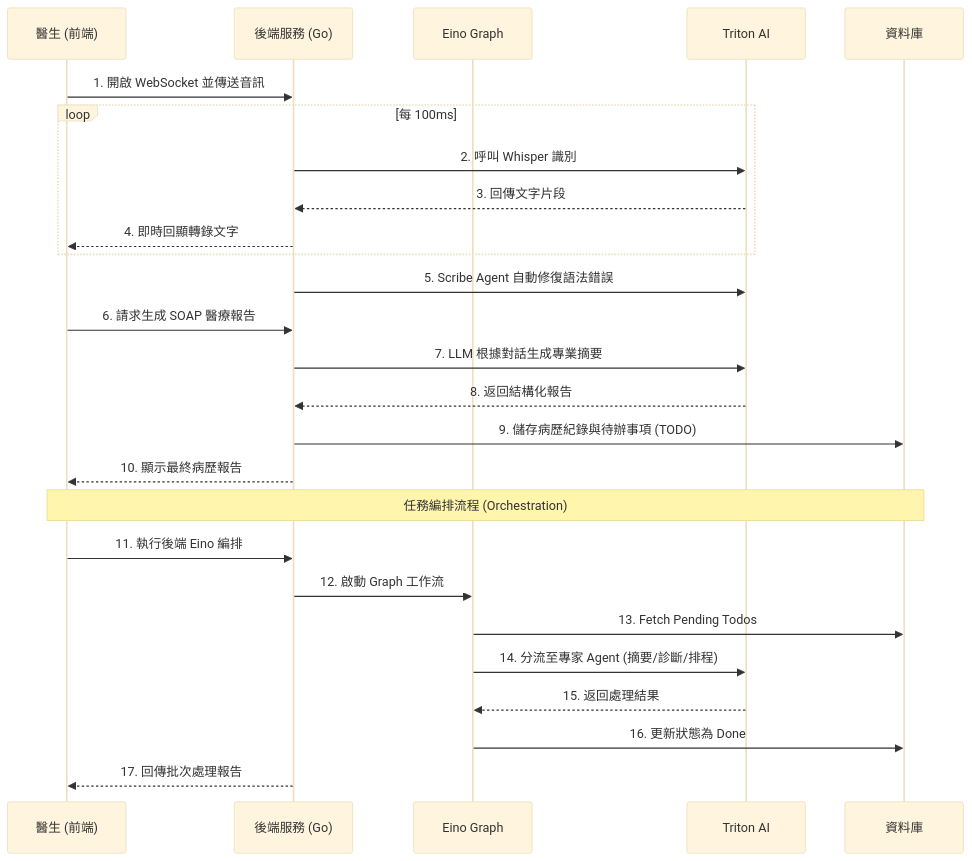
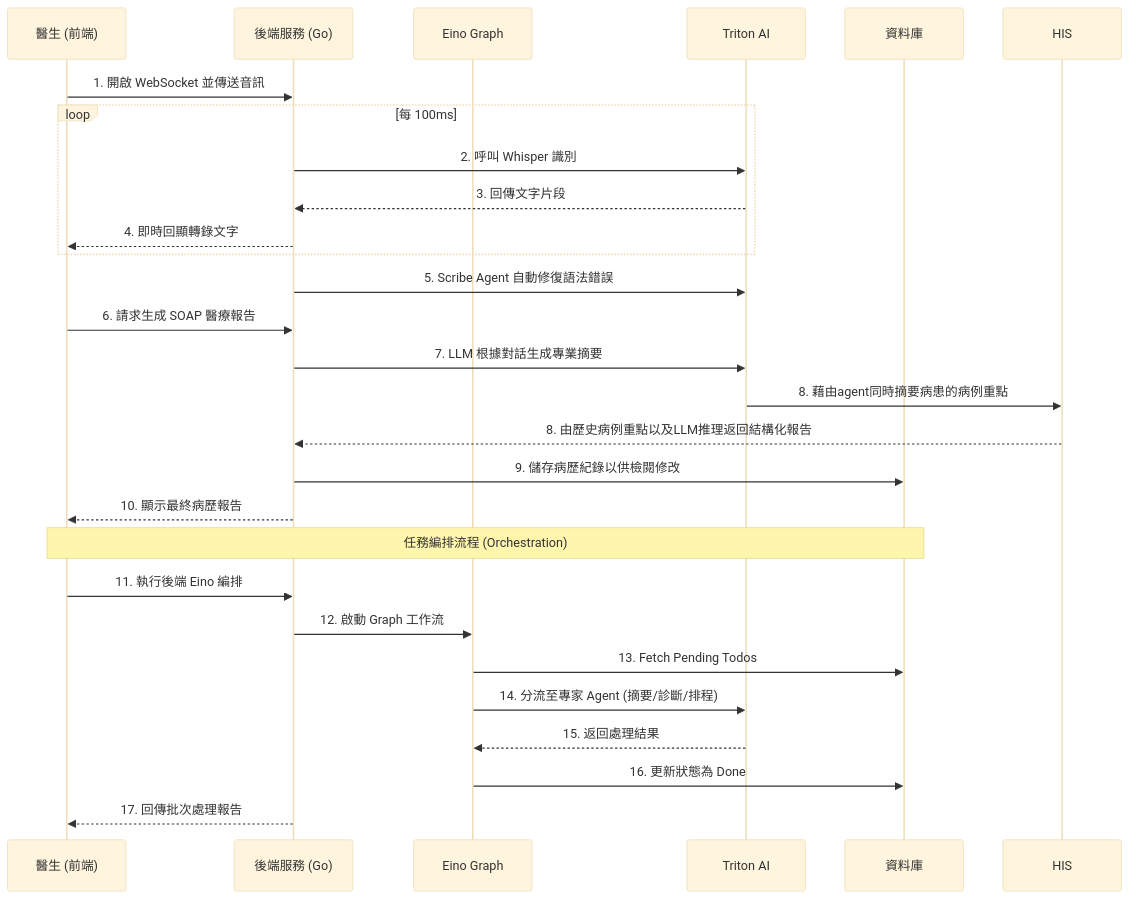
The second of 2 diagrams in README.md (peterouob/doctor-backend), drawn with Mermaid (base theme) before and after one commit. The commit also changed other lines of this file and 40 other files, not shown here.

````diff
--- a/README.md
+++ b/README.md
@@ -48,30 +49,31 @@
 ```mermaid
 sequenceDiagram
     participant Dr as 醫生 (前端)
     participant BE as 後端服務 (Go)
     participant Eino as Eino Graph
     participant AI as Triton AI
     participant DB as 資料庫
 
     Dr->>BE: 1. 開啟 WebSocket 並傳送音訊
     loop 每 100ms
         BE->>AI: 2. 呼叫 Whisper 識別
         AI-->>BE: 3. 回傳文字片段
         BE-->>Dr: 4. 即時回顯轉錄文字
     end
     BE->>AI: 5. Scribe Agent 自動修復語法錯誤
     Dr->>BE: 6. 請求生成 SOAP 醫療報告
     BE->>AI: 7. LLM 根據對話生成專業摘要
-    AI-->>BE: 8. 返回結構化報告
-    BE->>DB: 9. 儲存病歷紀錄與待辦事項 (TODO)
+    AI->>HIS: 8. 藉由agent同時摘要病患的病例重點
+    HIS-->>BE: 8. 由歷史病例重點以及LLM推理返回結構化報告
+    BE->>DB: 9. 儲存病歷紀錄以供檢閱修改
     BE-->>Dr: 10. 顯示最終病歷報告
     
     Note over Dr, DB: 任務編排流程 (Orchestration)
     Dr->>BE: 11. 執行後端 Eino 編排
     BE->>Eino: 12. 啟動 Graph 工作流
     Eino->>DB: 13. Fetch Pending Todos
     Eino->>AI: 14. 分流至專家 Agent (摘要/診斷/排程)
     AI-->>Eino: 15. 返回處理結果
     Eino->>DB: 16. 更新狀態為 Done
     BE-->>Dr: 17. 回傳批次處理報告
 ```
````
